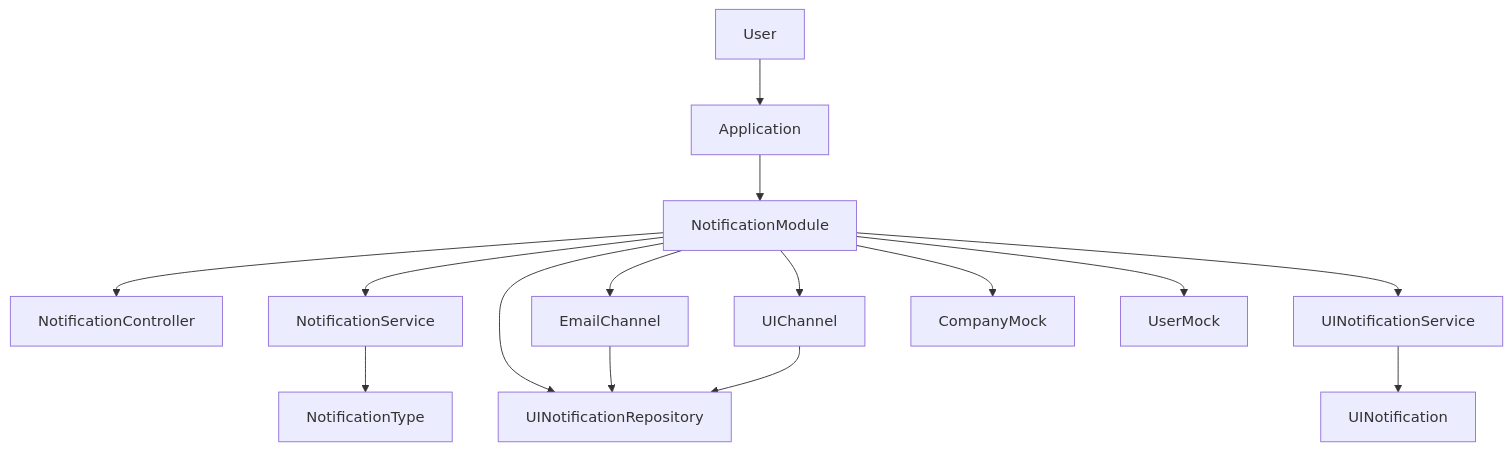
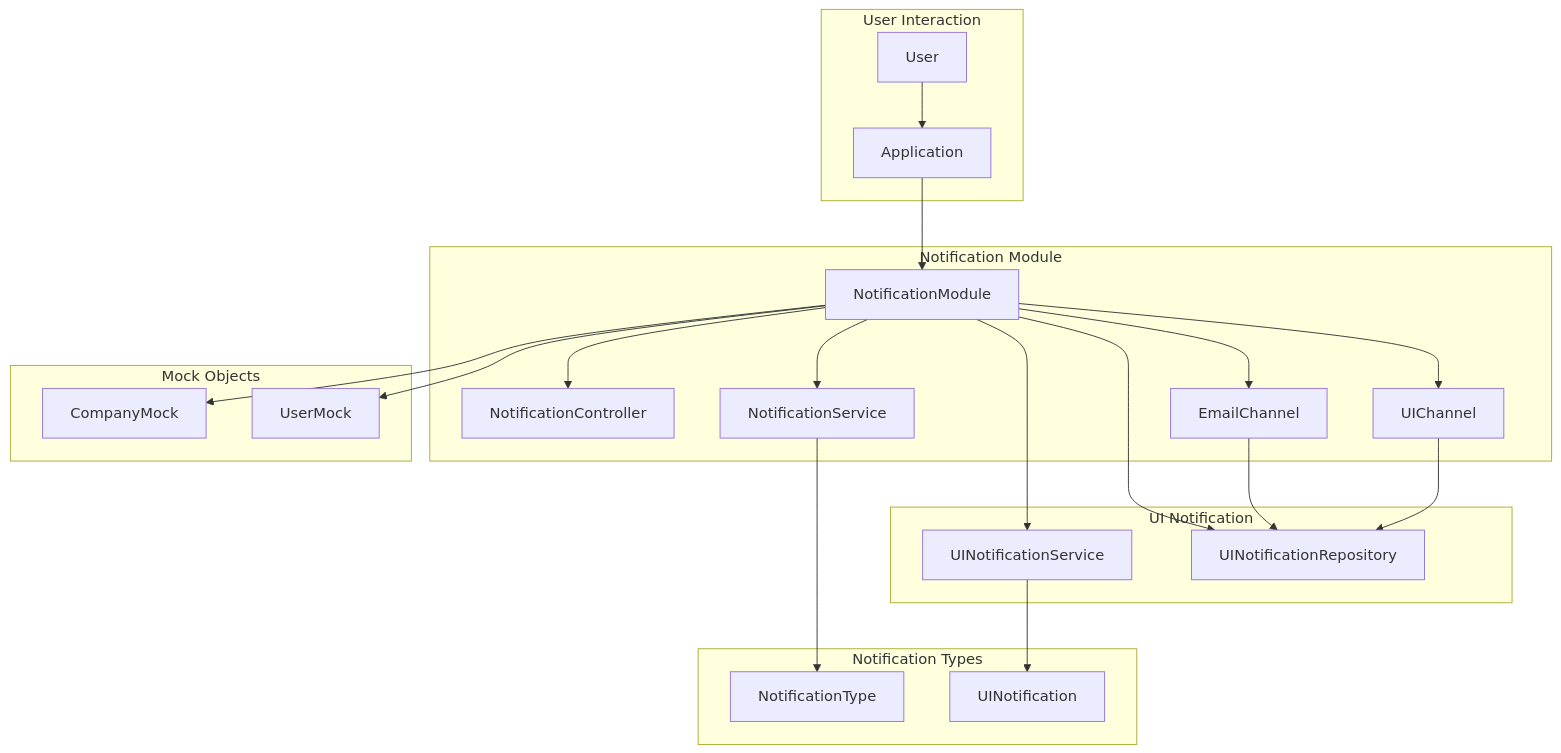
One commit to mosoahmed/brio changed the diagram in architect/c4.mmd. Above: the diagram before and after it, drawn with Mermaid.

Commit message:
Refactored architecture diagram for clarity

```diff
--- a/architect/c4.mmd
+++ b/architect/c4.mmd
@@ -1,28 +1,38 @@
 graph TB
-    A[User]
-    B[Application]
-    C[NotificationModule]
-    D[NotificationController]
-    E[NotificationService]
-    F[EmailChannel]
-    G[UIChannel]
-    H[UINotificationService]
-    I[UINotificationRepository]
-    J[CompanyMock]
-    K[UserMock]
-    L[NotificationType]
-    M[UINotification]
-    A --> B
-    B --> C
-    C --> D
-    C --> E
-    C --> F
-    C --> G
-    C --> H
-    C --> I
-    C --> J
-    C --> K
-    E --> L
-    H --> M
-    F --> I
-    G --> I
+    subgraph "User Interaction"
+        A[User]
+        B[Application]
+        A --> B
+    end
+    subgraph "Notification Module"
+        C[NotificationModule]
+        B --> C
+        D[NotificationController]
+        E[NotificationService]
+        F[EmailChannel]
+        G[UIChannel]
+        C --> D
+        C --> E
+        C --> F
+        C --> G
+    end
+    subgraph "UI Notification"
+        H[UINotificationService]
+        I[UINotificationRepository]
+        C --> H
+        C --> I
+    end
+    subgraph "Mock Objects"
+        J[CompanyMock]
+        K[UserMock]
+        C --> J
+        C --> K
+    end
+    subgraph "Notification Types"
+        L[NotificationType]
+        M[UINotification]
+        E --> L
+        H --> M
+        F --> I
+        G --> I
+    end
```
